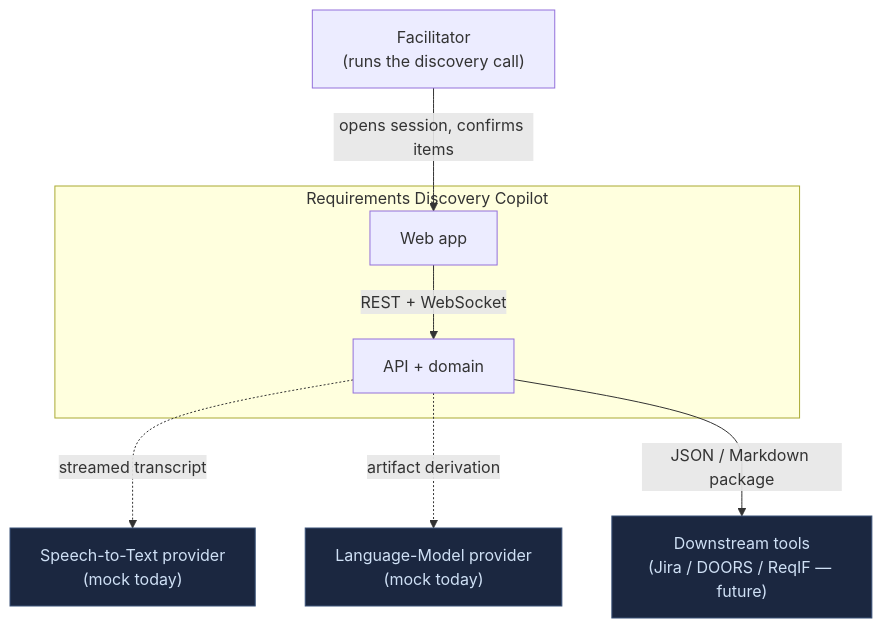
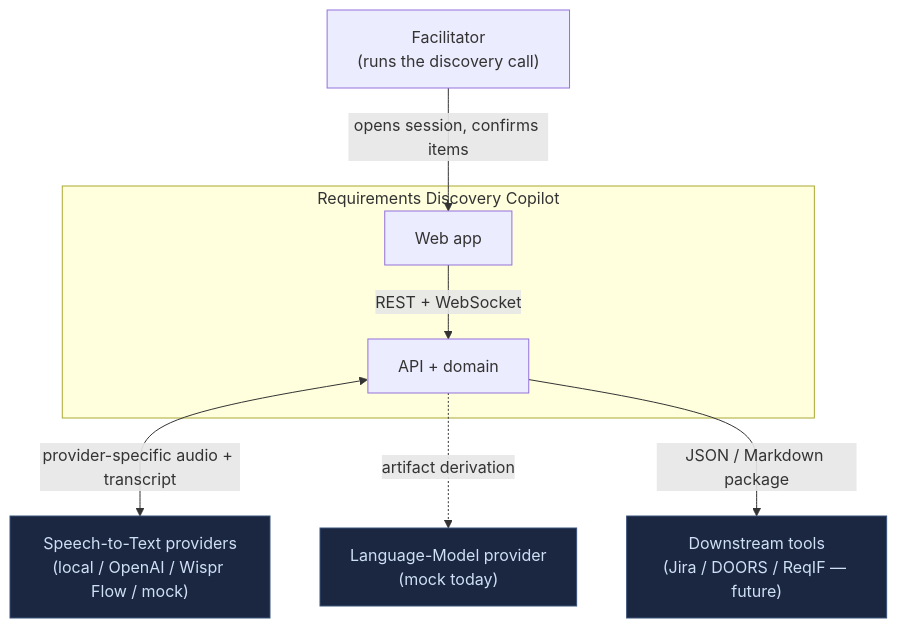
One commit to ryan-a-bell/SpecLive changed the first of 6 diagrams in docs/architecture/README.md. Above: the diagram before and after it, drawn with Mermaid. The commit also changed other lines of this file and 40 other files, not shown here.

````diff
--- a/docs/architecture/README.md
+++ b/docs/architecture/README.md
@@ -11,19 +11,19 @@
 ```mermaid
 flowchart TB
     facilitator["Facilitator<br/>(runs the discovery call)"]
     subgraph system["Requirements Discovery Copilot"]
       web["Web app"]
       api["API + domain"]
     end
-    stt["Speech-to-Text provider<br/>(mock today)"]:::ext
+    stt["Speech-to-Text providers<br/>(local / OpenAI / Wispr Flow / mock)"]:::ext
     llm["Language-Model provider<br/>(mock today)"]:::ext
     exporttarget["Downstream tools<br/>(Jira / DOORS / ReqIF — future)"]:::ext
 
     facilitator -->|opens session, confirms items| web
     web -->|REST + WebSocket| api
-    api -.->|streamed transcript| stt
+    api <-->|provider-specific audio + transcript| stt
     api -.->|artifact derivation| llm
     api -->|JSON / Markdown package| exporttarget
 
     classDef ext fill:#1b2740,stroke:#3a5279,color:#cfe0f5;
 ```
````
